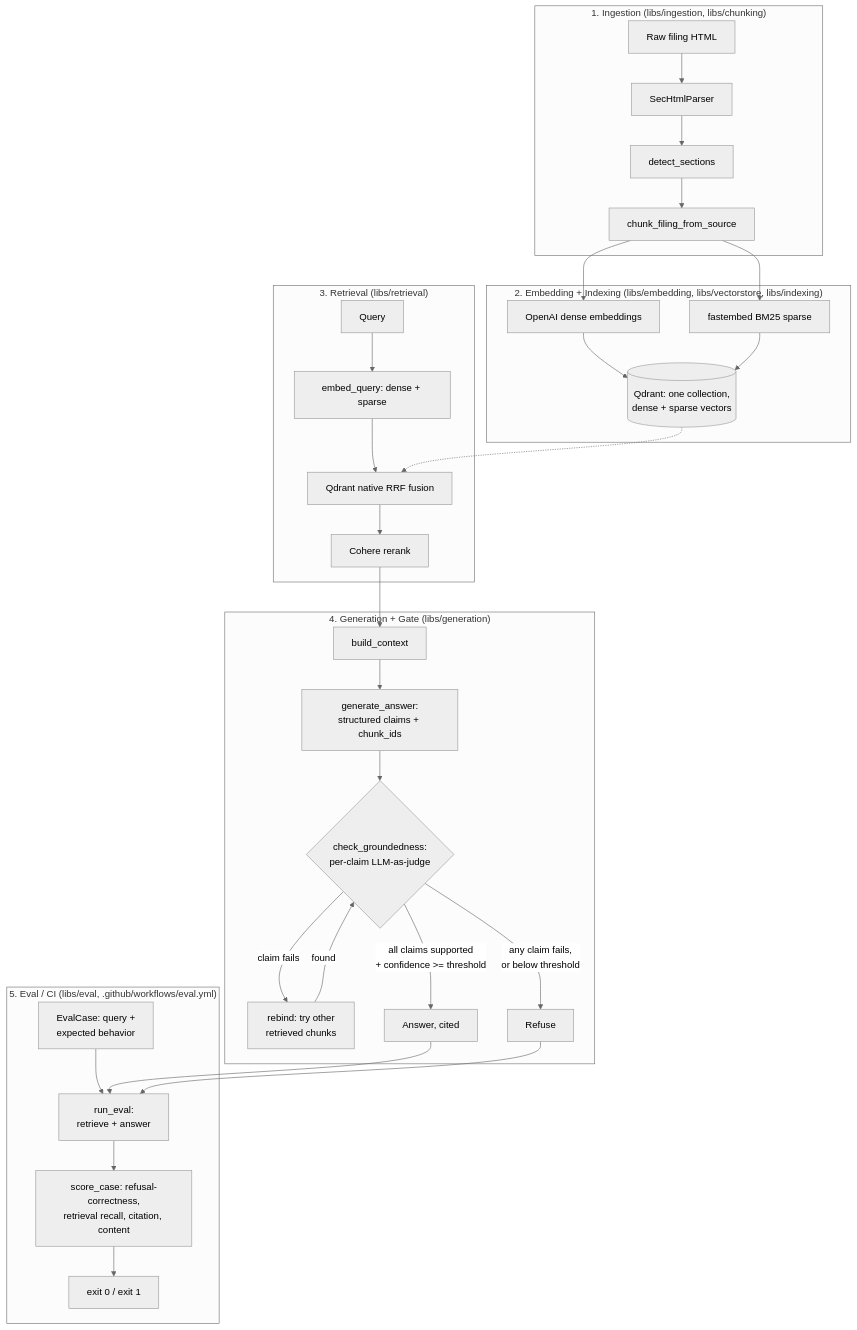
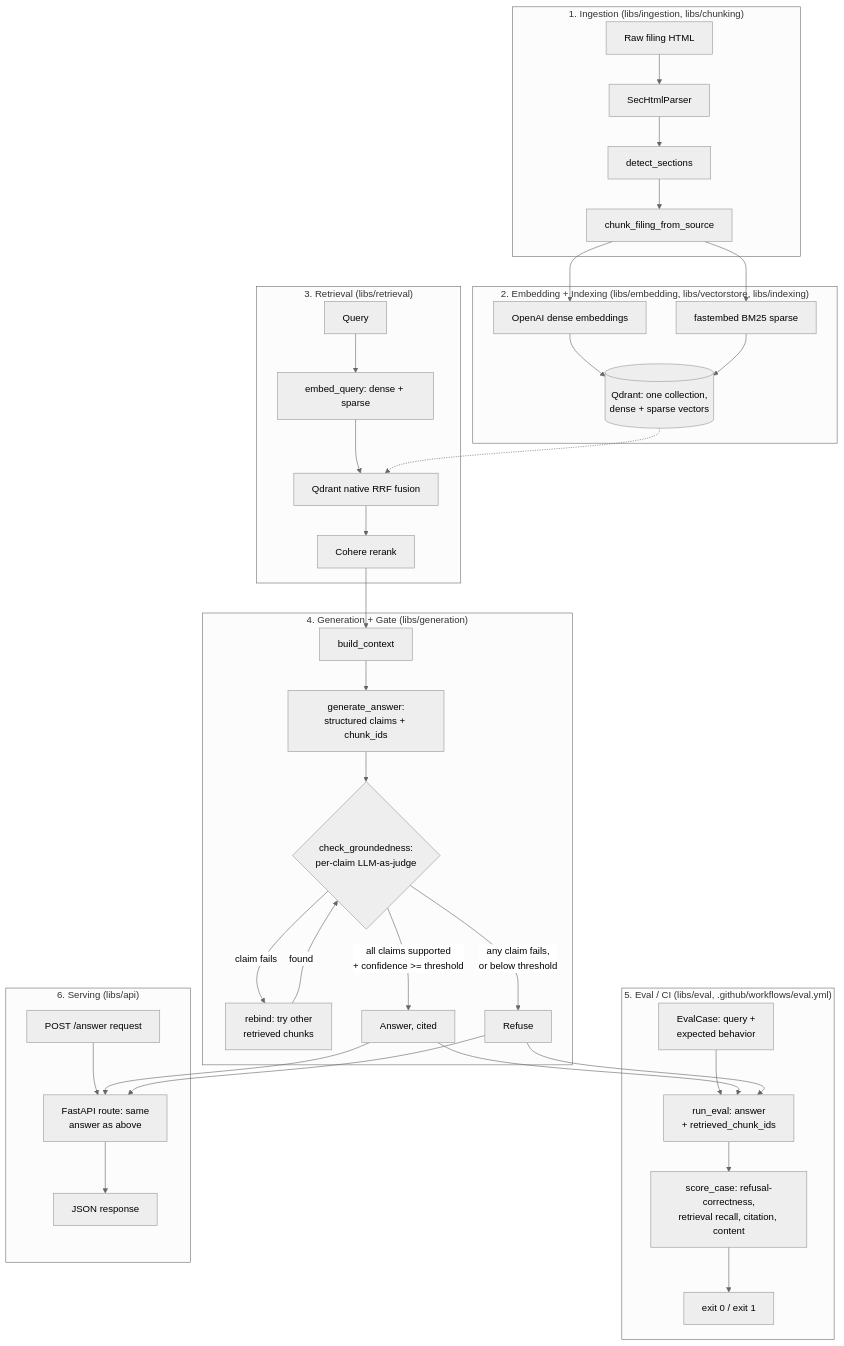
One commit to Prarthana-Singh/CiteOrRefuse changed the diagram in docs/architecture.md. Above: the diagram before and after it, drawn with Mermaid (neutral theme). The commit also changed other lines of this file and 10 other files, not shown here.

````diff
--- a/docs/architecture.md
+++ b/docs/architecture.md
@@ -10,40 +10,47 @@
 ```mermaid
 flowchart TD
     subgraph Ingestion["1. Ingestion (libs/ingestion, libs/chunking)"]
         A[Raw filing HTML] --> B[SecHtmlParser]
         B --> C[detect_sections]
         C --> D[chunk_filing_from_source]
     end
 
     subgraph Indexing["2. Embedding + Indexing (libs/embedding, libs/vectorstore, libs/indexing)"]
         D --> E[OpenAI dense embeddings]
         D --> F[fastembed BM25 sparse]
         E --> G[(Qdrant: one collection,<br/>dense + sparse vectors)]
         F --> G
     end
 
     subgraph Retrieval["3. Retrieval (libs/retrieval)"]
         Q[Query] --> H[embed_query: dense + sparse]
         H --> I[Qdrant native RRF fusion]
         G -.-> I
         I --> J[Cohere rerank]
     end
 
     subgraph Generation["4. Generation + Gate (libs/generation)"]
         J --> K[build_context]
         K --> L[generate_answer:<br/>structured claims + chunk_ids]
         L --> M{check_groundedness:<br/>per-claim LLM-as-judge}
         M -- claim fails --> N[rebind: try other<br/>retrieved chunks]
         N -- found --> M
         M -- all claims supported<br/>+ confidence >= threshold --> O[Answer, cited]
         M -- any claim fails,<br/>or below threshold --> P[Refuse]
     end
 
     subgraph EvalCI["5. Eval / CI (libs/eval, .github/workflows/eval.yml)"]
-        R[EvalCase: query +<br/>expected behavior] --> S[run_eval:<br/>retrieve + answer]
+        R[EvalCase: query +<br/>expected behavior] --> S[run_eval: answer<br/>+ retrieved_chunk_ids]
         O --> S
         P --> S
         S --> T[score_case: refusal-correctness,<br/>retrieval recall, citation, content]
         T --> U[exit 0 / exit 1]
     end
+
+    subgraph Serving["6. Serving (libs/api)"]
+        V[POST /answer request] --> W[FastAPI route: same<br/>answer as above]
+        O --> W
+        P --> W
+        W --> X[JSON response]
+    end
 ```
````
